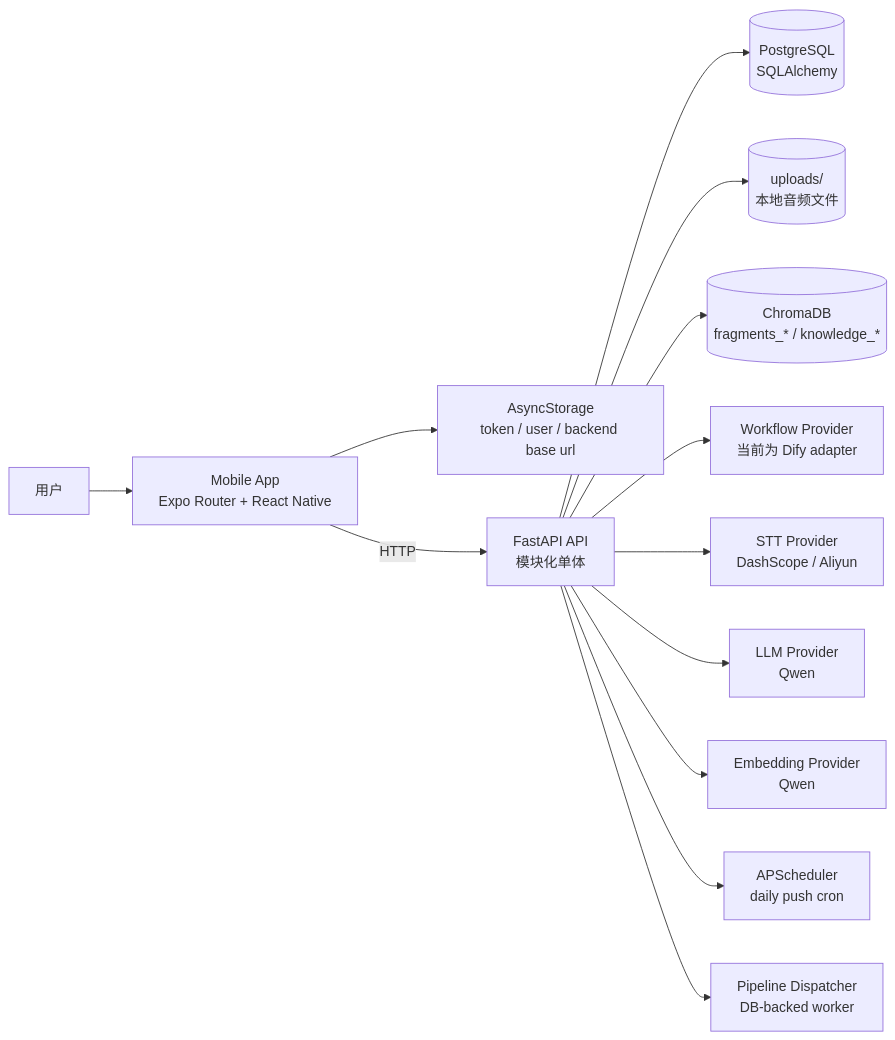
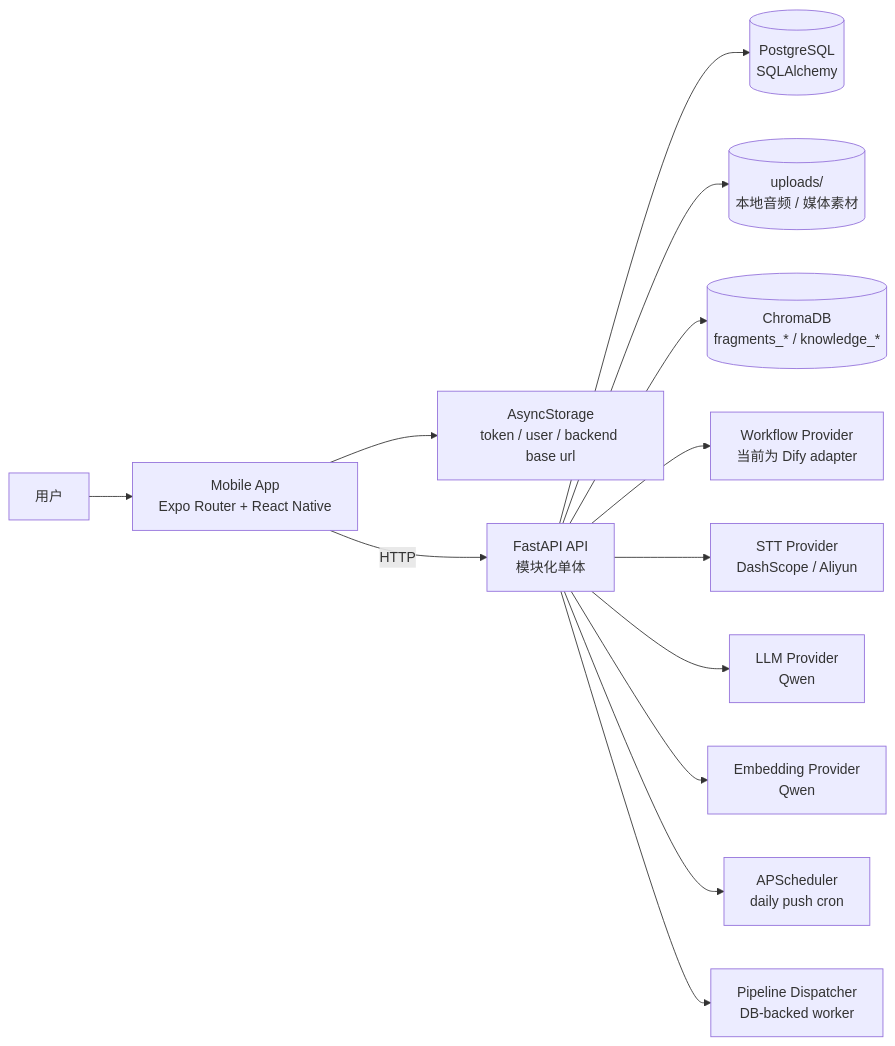
The first of 9 diagrams in memory-bank/architecture.md (YCZA2/SparkFlow), drawn with Mermaid before and after one commit. The commit also changed other lines of this file and 55 other files, not shown here.

````diff
--- a/memory-bank/architecture.md
+++ b/memory-bank/architecture.md
@@ -9,29 +9,29 @@
 ```mermaid
 flowchart LR
     U["用户"]
     M["Mobile App<br/>Expo Router + React Native"]
     S["AsyncStorage<br/>token / user / backend base url"]
     API["FastAPI API<br/>模块化单体"]
     DB[("PostgreSQL<br/>SQLAlchemy")]
-    FS[("uploads/<user_id><br/>本地音频文件")]
+    FS[("uploads/<user_id><br/>本地音频 / 媒体素材")]
     CHROMA[("ChromaDB<br/>fragments_* / knowledge_*")]
     WFP["Workflow Provider<br/>当前为 Dify adapter"]
     STT["STT Provider<br/>DashScope / Aliyun"]
     LLM["LLM Provider<br/>Qwen"]
     EMB["Embedding Provider<br/>Qwen"]
     SCH["APScheduler<br/>daily push cron"]
     PIPE["Pipeline Dispatcher<br/>DB-backed worker"]
 
     U --> M
     M --> S
     M -->|HTTP| API
     API --> DB
     API --> FS
     API --> CHROMA
     API --> WFP
     API --> STT
     API --> LLM
     API --> EMB
     API --> SCH
     API --> PIPE
 ```
````
